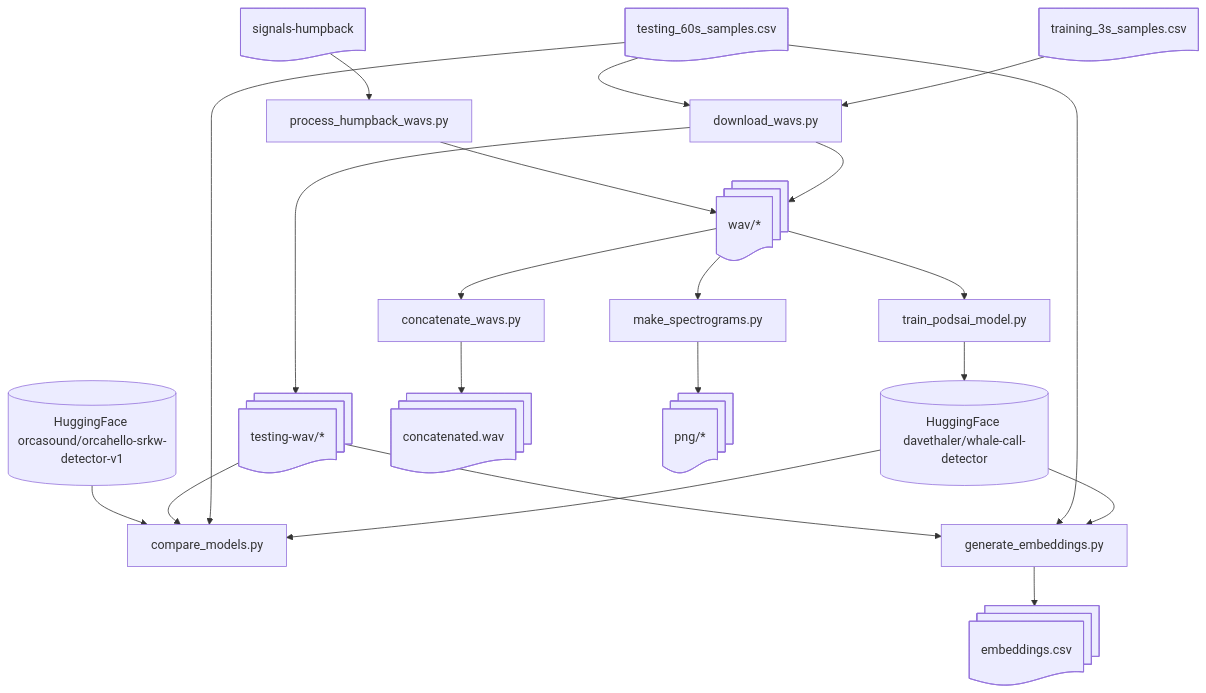
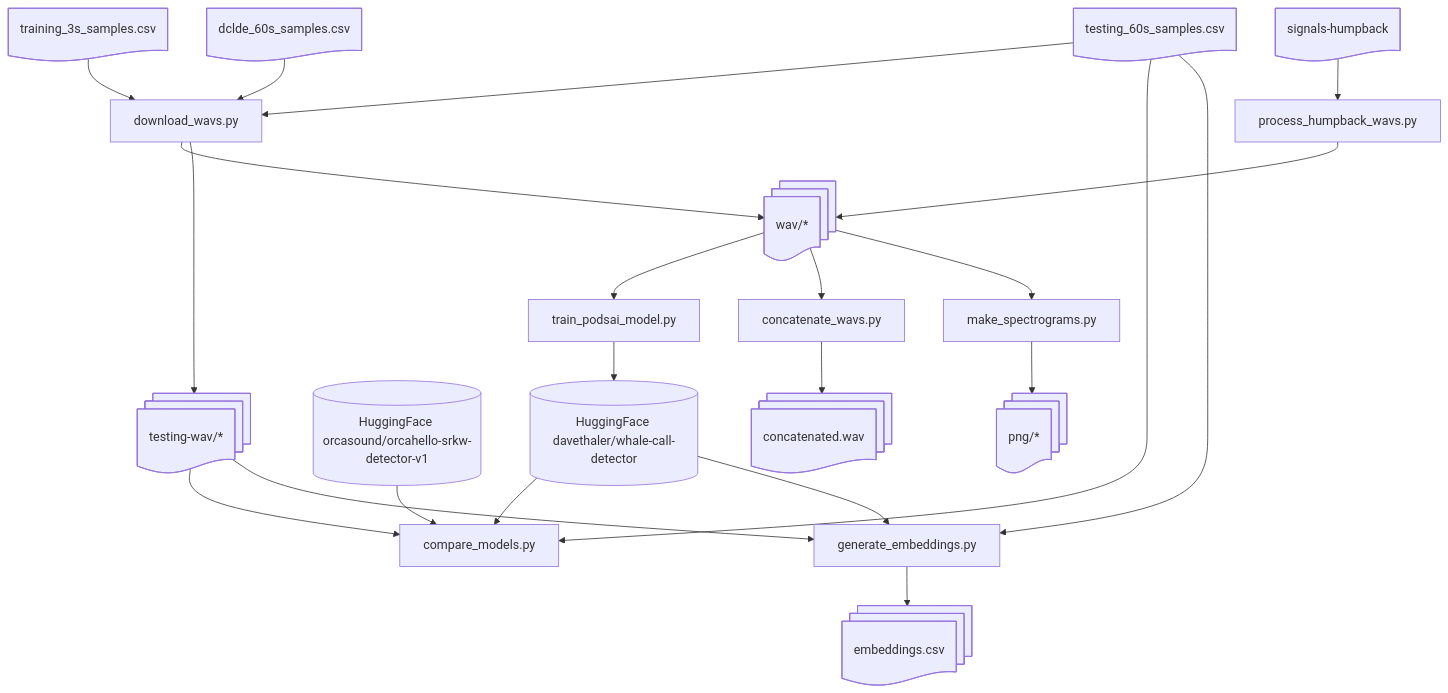
Before and after one commit to orcasound/pods-ai: the diagram in README.md, drawn with Mermaid. The commit also changed other lines of this file and 5 other files, not shown here.

````diff
--- a/README.md
+++ b/README.md
@@ -25,38 +26,40 @@
 ```mermaid
 flowchart TD;
     podsaiModel[(HuggingFace davethaler/whale-call-detector)];
     orcaHelloModel[(HuggingFace orcasound/orcahello-srkw-detector-v1)];
     trainingSamples@{ shape: doc, label: "training_3s_samples.csv" };
     testingSamples@{ shape: doc, label: "testing_60s_samples.csv" };
+    dcldeSamples@{ shape: doc, label: "dclde_60s_samples.csv" };
     signalsHumpback@{ shape: doc, label: "signals-humpback" };
     wav@{ shape: docs, label: "wav/*" };
     testingWav@{ shape: docs, label: "testing-wav/*" };
     concatenated@{ shape: docs, label: "concatenated.wav" };
     png@{ shape: docs, label: "png/*" };
     embeddings@{ shape: docs, label: "embeddings.csv" };
 
     downloadWavs@{ shape: rect, label: "download_wavs.py" };
     processHumpbackWavs@{ shape: rect, label: "process_humpback_wavs.py" };
     trainPodsaiModel@{ shape: rect, label: "train_podsai_model.py" };
     compareModels@{ shape: rect, label: "compare_models.py" };
     concatenateWavs@{ shape: rect, label: "concatenate_wavs.py" };
     makeSpectrograms@{ shape: rect, label: "make_spectrograms.py" };
     generateEmbeddings@{ shape: rect, label: "generate_embeddings.py" };
 
     trainingSamples-->downloadWavs-->wav;
     signalsHumpback-->processHumpbackWavs-->wav;
+    dcldeSamples-->downloadWavs;
     testingSamples-->downloadWavs-->testingWav;
 
     wav-->trainPodsaiModel-->podsaiModel;
 
     podsaiModel-->compareModels;
     testingSamples-->compareModels;
     testingWav-->compareModels;
     orcaHelloModel-->compareModels;
 
     wav-->concatenateWavs-->concatenated;
     wav-->makeSpectrograms-->png;
     podsaiModel-->generateEmbeddings;
     testingSamples-->generateEmbeddings;
     testingWav-->generateEmbeddings-->embeddings;
 ```
````
